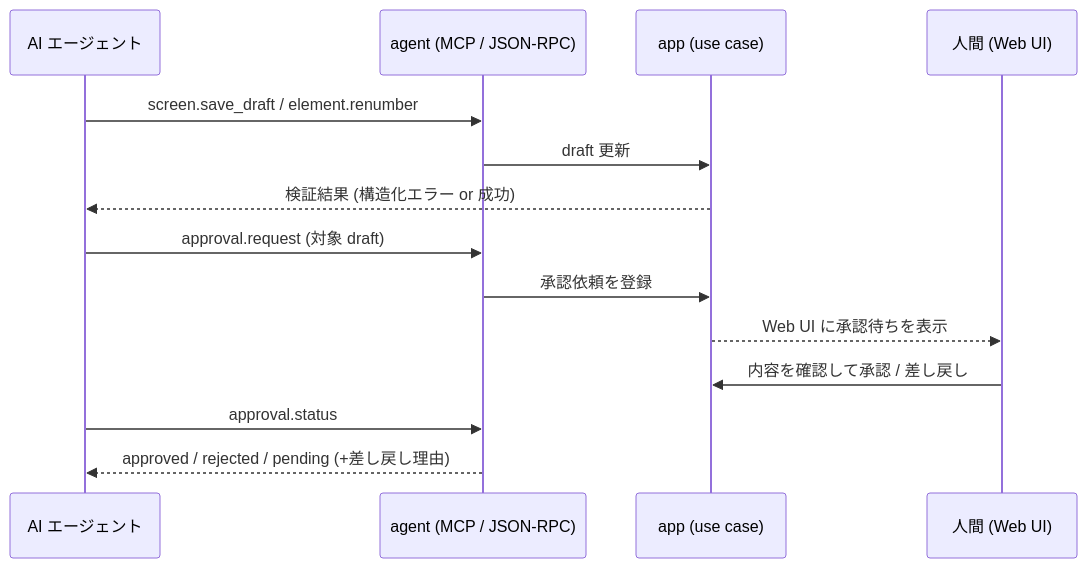
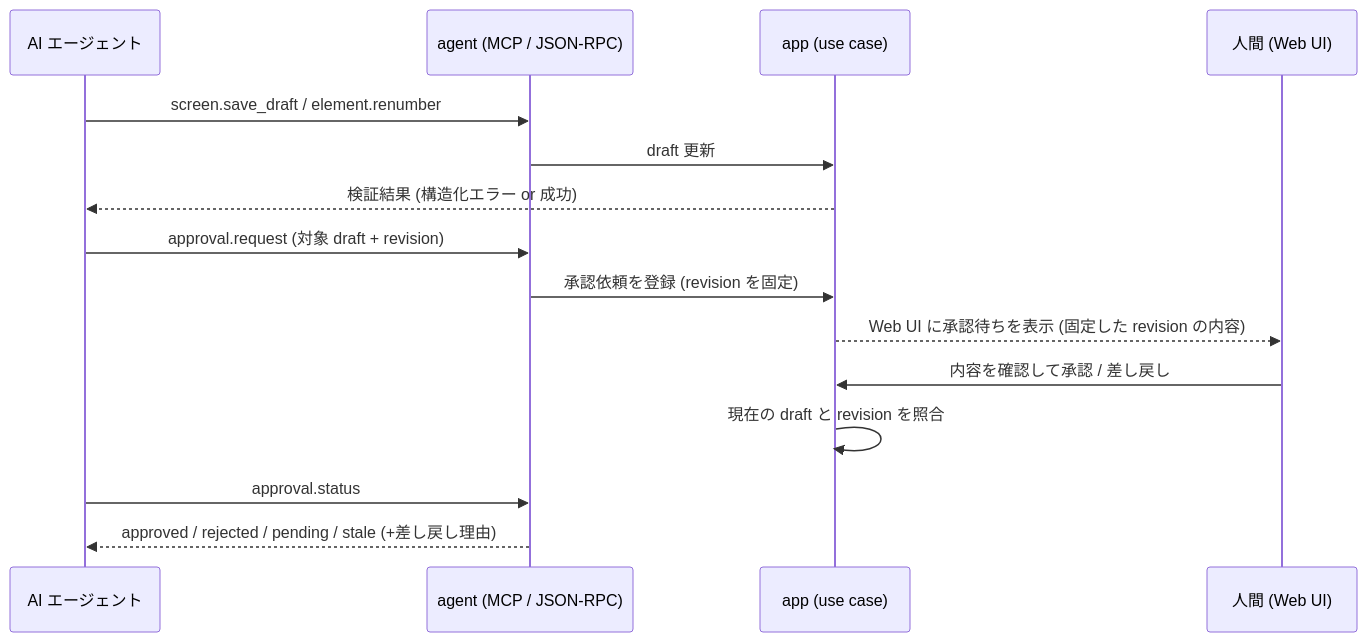
The first of 2 diagrams in design/features/agent-interface/DesignDoc_agent-interface.md (Fukuemon/screen-contract), drawn with Mermaid before and after one commit. The commit also changed other lines of this file and 16 other files, not shown here.

````diff
--- a/design/features/agent-interface/DesignDoc_agent-interface.md
+++ b/design/features/agent-interface/DesignDoc_agent-interface.md
@@ -107,16 +138,17 @@
 ```mermaid
 sequenceDiagram
     participant AG as AI エージェント
     participant IF as agent (MCP / JSON-RPC)
     participant APP as app (use case)
     participant HU as 人間 (Web UI)
     AG->>IF: screen.save_draft / element.renumber
     IF->>APP: draft 更新
     APP-->>AG: 検証結果 (構造化エラー or 成功)
-    AG->>IF: approval.request (対象 draft)
-    IF->>APP: 承認依頼を登録
-    APP-->>HU: Web UI に承認待ちを表示
+    AG->>IF: approval.request (対象 draft + revision)
+    IF->>APP: 承認依頼を登録 (revision を固定)
+    APP-->>HU: Web UI に承認待ちを表示 (固定した revision の内容)
     HU->>APP: 内容を確認して承認 / 差し戻し
+    APP->>APP: 現在の draft と revision を照合
     AG->>IF: approval.status
-    IF-->>AG: approved / rejected / pending (+差し戻し理由)
+    IF-->>AG: approved / rejected / pending / stale (+差し戻し理由)
 ```
````
